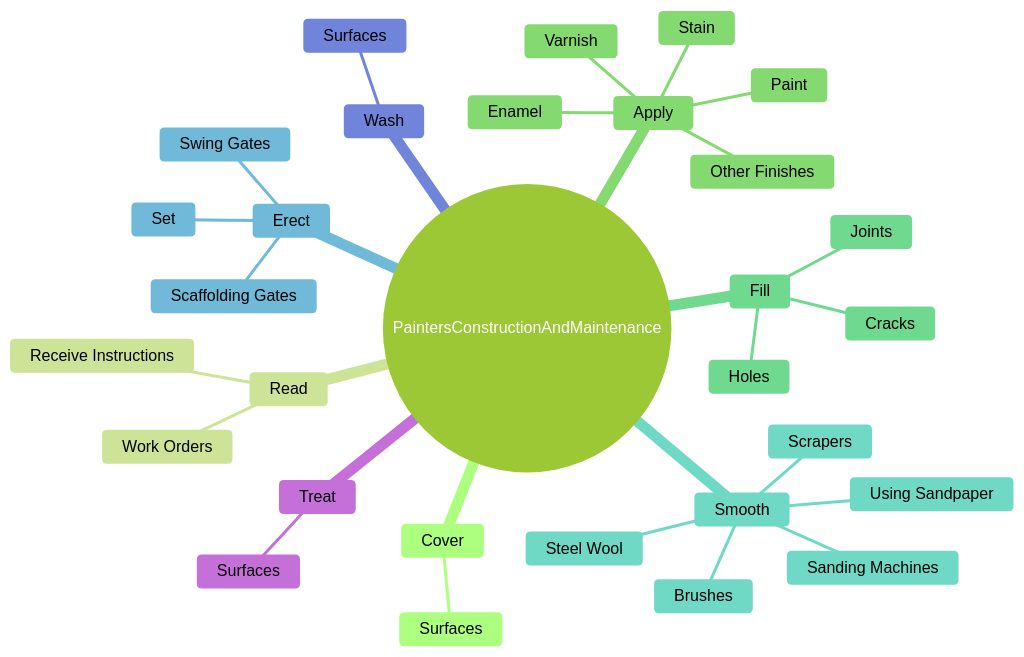
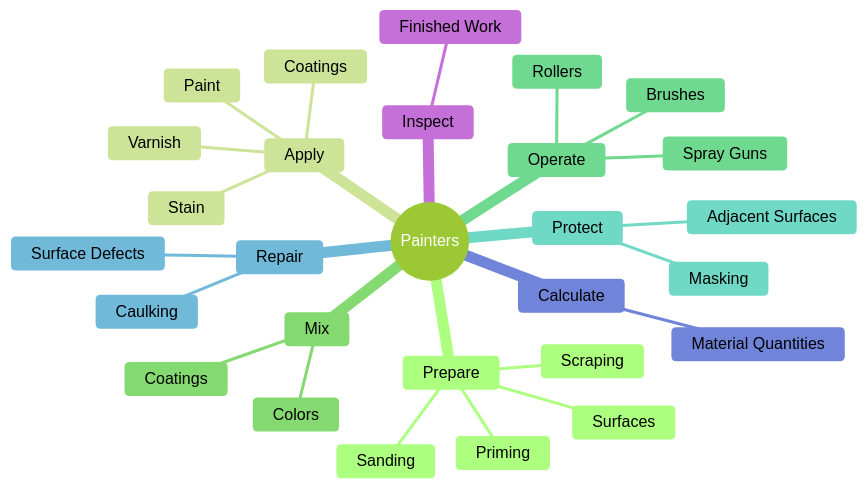
One commit to kziemski/business.org.ai changed the second of 4 diagrams in occupations/Construction/PaintersConstructionAndMaintenance.mdx. Above: the diagram before and after it, drawn with Mermaid (forest theme). The commit also changed other lines of this file and 938 other files, not shown here.

````diff
--- a/occupations/Construction/PaintersConstructionAndMaintenance.mdx
+++ b/occupations/Construction/PaintersConstructionAndMaintenance.mdx
@@ -37,33 +48,31 @@
 ```mermaid
 mindmap
-    root(("PaintersConstructionAndMaintenance"))
-        Cover
+    root(("Painters"))
+        Prepare
             Surfaces
-        Read
-            Work Orders
-            Receive Instructions
+            Scraping
+            Sanding
+            Priming
         Apply
             Paint
             Stain
             Varnish
-            Enamel
-            Other Finishes
-        Fill
-            Cracks
-            Holes
-            Joints
-        Smooth
-            Using Sandpaper
-            Scrapers
+            Coatings
+        Mix
+            Colors
+            Coatings
+        Operate
+            Spray Guns
+            Rollers
             Brushes
-            Steel Wool
-            Sanding Machines
-        Erect
-            Scaffolding Gates
-            Swing Gates
-            Set
-        Wash
-            Surfaces
-        Treat
-            Surfaces
+        Protect
+            Adjacent Surfaces
+            Masking
+        Repair
+            Surface Defects
+            Caulking
+        Calculate
+            Material Quantities
+        Inspect
+            Finished Work
 ```
````
